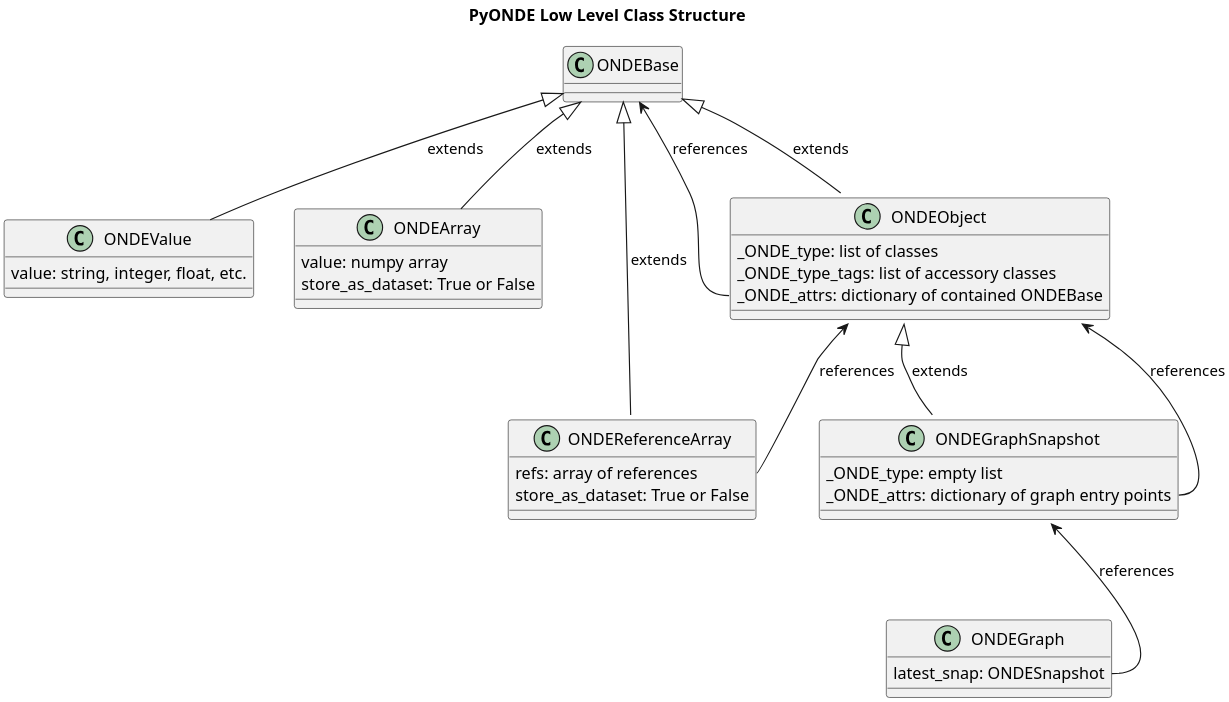
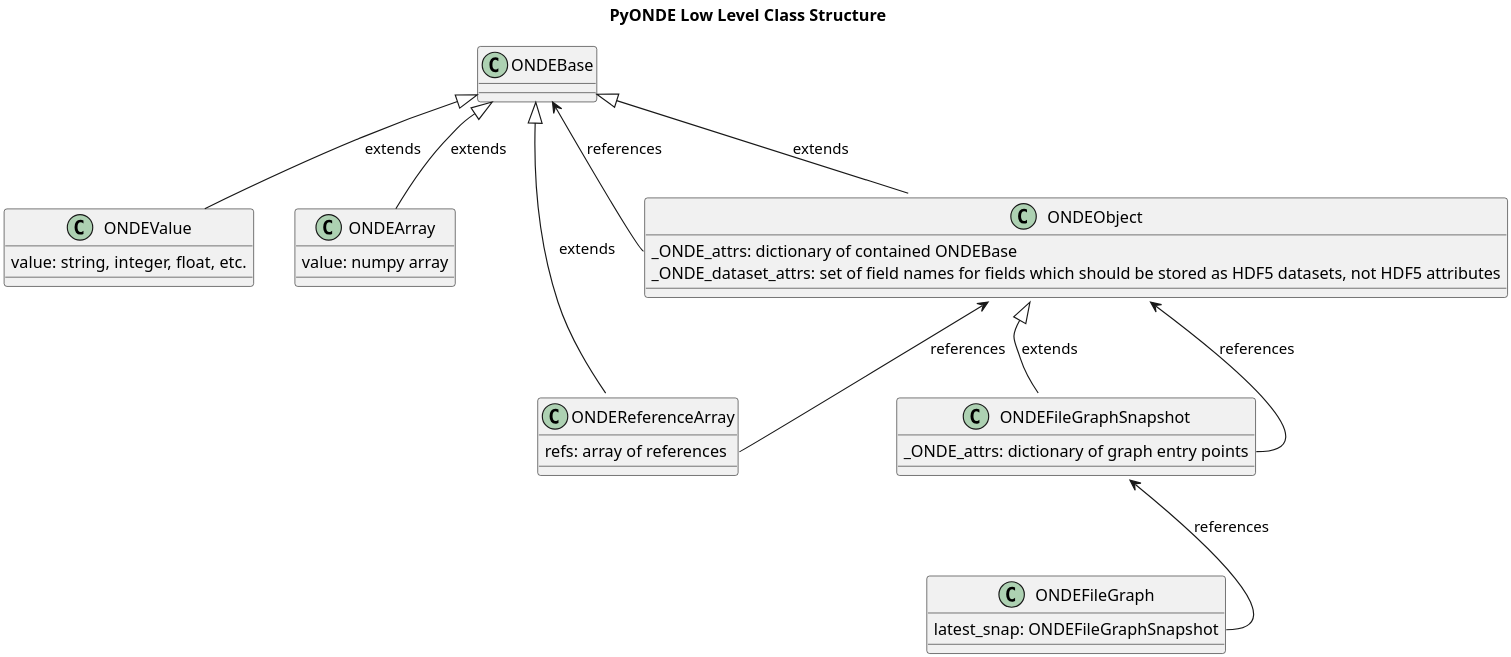
The diagram in doc/LowLevel_Class_Structure.md (isuthermography/PyONDE), drawn with PlantUML before and after one commit. The commit also changed 1 other file, not shown here.

Commit message:
Flesh out documentation

```diff
--- a/doc/LowLevel_Class_Structure.md
+++ b/doc/LowLevel_Class_Structure.md
@@ -1,49 +1,45 @@
 @startuml
 ' Process with PlantUML https://www.plantuml.com
 title "PyONDE Low Level Class Structure"
 skinparam dpi 300
 
 class ONDEBase {
   
 }
 
 class ONDEValue {
   value: string, integer, float, etc.
 }
 
 class ONDEArray {
   value: numpy array
-  store_as_dataset: True or False
 }
 
 class ONDEReferenceArray {
   refs: array of references
-  store_as_dataset: True or False
 }
 
 class ONDEObject {
-  _ONDE_type: list of classes
-  _ONDE_type_tags: list of accessory classes
   _ONDE_attrs: dictionary of contained ONDEBase
+  _ONDE_dataset_attrs: set of field names for fields which should be stored as HDF5 datasets, not HDF5 attributes
 }
 
-class ONDEGraphSnapshot {
-  _ONDE_type: empty list
+class ONDEFileGraphSnapshot {
   _ONDE_attrs: dictionary of graph entry points
 }
 
-class ONDEGraph {
-  latest_snap: ONDESnapshot
+class ONDEFileGraph {
+  latest_snap: ONDEFileGraphSnapshot
 }
 
 
 ONDEBase <-- ONDEObject::_ONDE_attrs : references 
 ONDEBase <|-- ONDEValue : extends
 ONDEBase <|-- ONDEArray : extends
 ONDEBase <|-- ONDEReferenceArray : extends
 ONDEBase <|-- ONDEObject : extends
-ONDEObject <|-- ONDEGraphSnapshot : extends
-ONDEGraphSnapshot <-- ONDEGraph::latest_snap : references
-ONDEObject <-- ONDEGraphSnapshot::_ONDE_attrs : references
+ONDEObject <|-- ONDEFileGraphSnapshot : extends
+ONDEFileGraphSnapshot <-- ONDEFileGraph::latest_snap : references
+ONDEObject <-- ONDEFileGraphSnapshot::_ONDE_attrs : references
 ONDEObject <-- ONDEReferenceArray::refs : references
 @enduml
```
